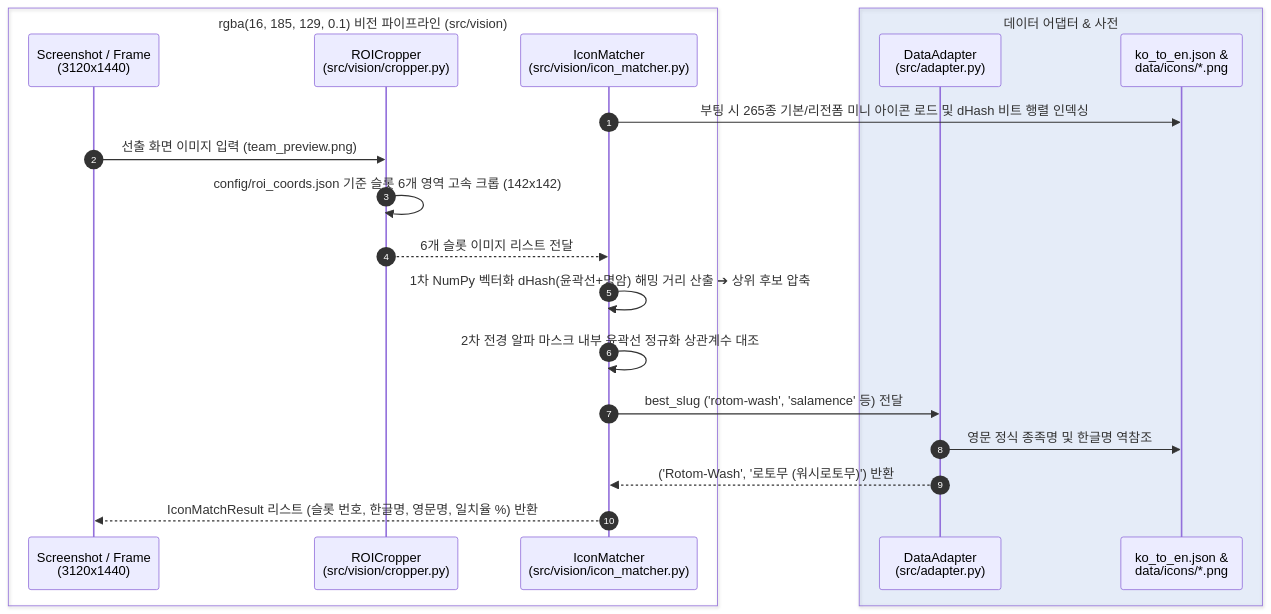
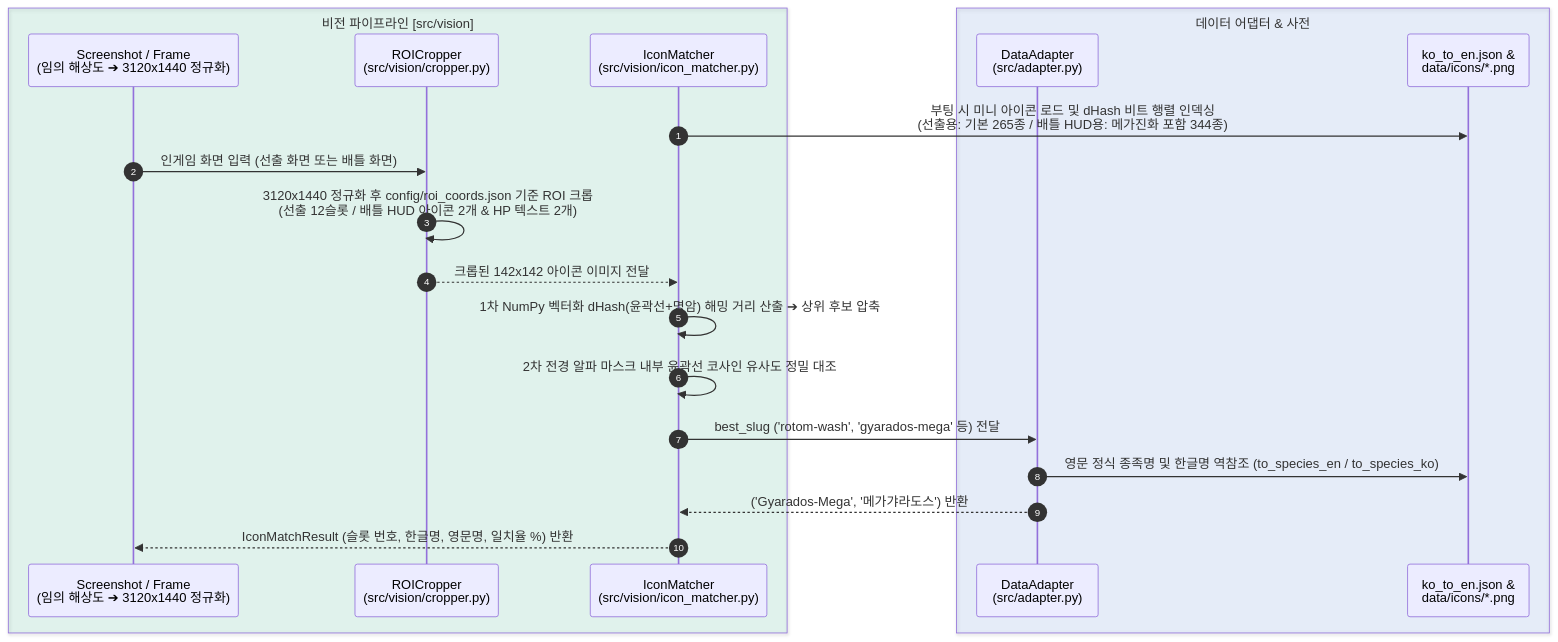
One commit to LGJ0405/pochamps-assistant changed the diagram in docs/STEP3_GUIDE.md. Above: the diagram before and after it, drawn with Mermaid. The commit also changed other lines of this file and 12 other files, not shown here.

First line of the commit message:
feat: Step 3-2 배틀 화면 ROI 확장 및 HUD 아이콘 매칭 구현

````diff
--- a/docs/STEP3_GUIDE.md
+++ b/docs/STEP3_GUIDE.md
@@ -46,24 +46,24 @@
 ```mermaid
 sequenceDiagram
     autonumber
-    box rgba(16, 185, 129, 0.1) 비전 파이프라인 (src/vision)
-        participant SCR as Screenshot / Frame<br/>(3120x1440)
+    box rgba(16, 185, 129, 0.1) 비전 파이프라인 [src/vision]
+        participant SCR as Screenshot / Frame<br/>(임의 해상도 ➔ 3120x1440 정규화)
         participant CRP as ROICropper<br/>(src/vision/cropper.py)
         participant MAT as IconMatcher<br/>(src/vision/icon_matcher.py)
     end
     box rgba(59, 130, 246, 0.1) 데이터 어댑터 & 사전
         participant ADP as DataAdapter<br/>(src/adapter.py)
         participant DICT as ko_to_en.json &<br/>data/icons/*.png
     end
 
-    MAT->>DICT: 부팅 시 265종 기본/리전폼 미니 아이콘 로드 및 dHash 비트 행렬 인덱싱
-    SCR->>CRP: 선출 화면 이미지 입력 (team_preview.png)
-    CRP->>CRP: config/roi_coords.json 기준 슬롯 6개 영역 고속 크롭 (142x142)
-    CRP-->>MAT: 6개 슬롯 이미지 리스트 전달
+    MAT->>DICT: 부팅 시 미니 아이콘 로드 및 dHash 비트 행렬 인덱싱<br/>(선출용: 기본 265종 / 배틀 HUD용: 메가진화 포함 344종)
+    SCR->>CRP: 인게임 화면 입력 (선출 화면 또는 배틀 화면)
+    CRP->>CRP: 3120x1440 정규화 후 config/roi_coords.json 기준 ROI 크롭<br/>(선출 12슬롯 / 배틀 HUD 아이콘 2개 & HP 텍스트 2개)
+    CRP-->>MAT: 크롭된 142x142 아이콘 이미지 전달
     MAT->>MAT: 1차 NumPy 벡터화 dHash(윤곽선+명암) 해밍 거리 산출 ➔ 상위 후보 압축
-    MAT->>MAT: 2차 전경 알파 마스크 내부 윤곽선 정규화 상관계수 대조
-    MAT->>ADP: best_slug ('rotom-wash', 'salamence' 등) 전달
-    ADP->>DICT: 영문 정식 종족명 및 한글명 역참조
-    ADP-->>MAT: ('Rotom-Wash', '로토무 (워시로토무)') 반환
-    MAT-->>SCR: IconMatchResult 리스트 (슬롯 번호, 한글명, 영문명, 일치율 %) 반환
+    MAT->>MAT: 2차 전경 알파 마스크 내부 윤곽선 코사인 유사도 정밀 대조
+    MAT->>ADP: best_slug ('rotom-wash', 'gyarados-mega' 등) 전달
+    ADP->>DICT: 영문 정식 종족명 및 한글명 역참조 (to_species_en / to_species_ko)
+    ADP-->>MAT: ('Gyarados-Mega', '메가갸라도스') 반환
+    MAT-->>SCR: IconMatchResult (슬롯 번호, 한글명, 영문명, 일치율 %) 반환
 ```
````
